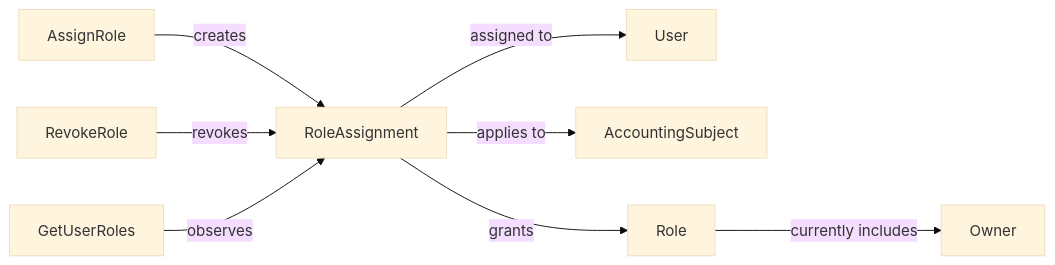
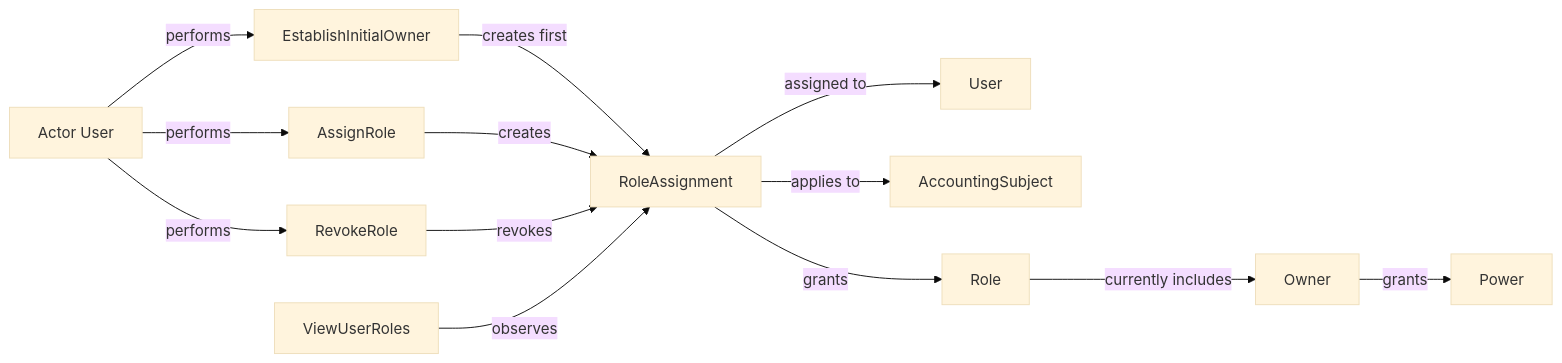
Before and after one commit to runemalm/acc-dotnet: the diagram in src/ACC.Authority/README.md, drawn with Mermaid (base theme). The commit also changed other lines of this file and 64 other files, not shown here.

````diff
--- a/src/ACC.Authority/README.md
+++ b/src/ACC.Authority/README.md
@@ -11,22 +13,30 @@
 ```mermaid
 flowchart LR
 
     AssignRole["AssignRole"]
+    EstablishInitialOwner["EstablishInitialOwner"]
     RevokeRole["RevokeRole"]
-    GetUserRoles["GetUserRoles"]
+    ViewUserRoles["ViewUserRoles"]
 
     RoleAssignment["RoleAssignment"]
     User["User"]
+    Actor["Actor User"]
     AccountingSubject["AccountingSubject"]
     Role["Role"]
+    Power["Power"]
     Owner["Owner"]
 
+    EstablishInitialOwner -->|creates first| RoleAssignment
     AssignRole -->|creates| RoleAssignment
     RevokeRole -->|revokes| RoleAssignment
-    GetUserRoles -->|observes| RoleAssignment
+    Actor -->|performs| AssignRole
+    Actor -->|performs| EstablishInitialOwner
+    Actor -->|performs| RevokeRole
+    ViewUserRoles -->|observes| RoleAssignment
 
     RoleAssignment -->|assigned to| User
     RoleAssignment -->|applies to| AccountingSubject
     RoleAssignment -->|grants| Role
     Role -->|currently includes| Owner
+    Owner -->|grants| Power
 ```
````
